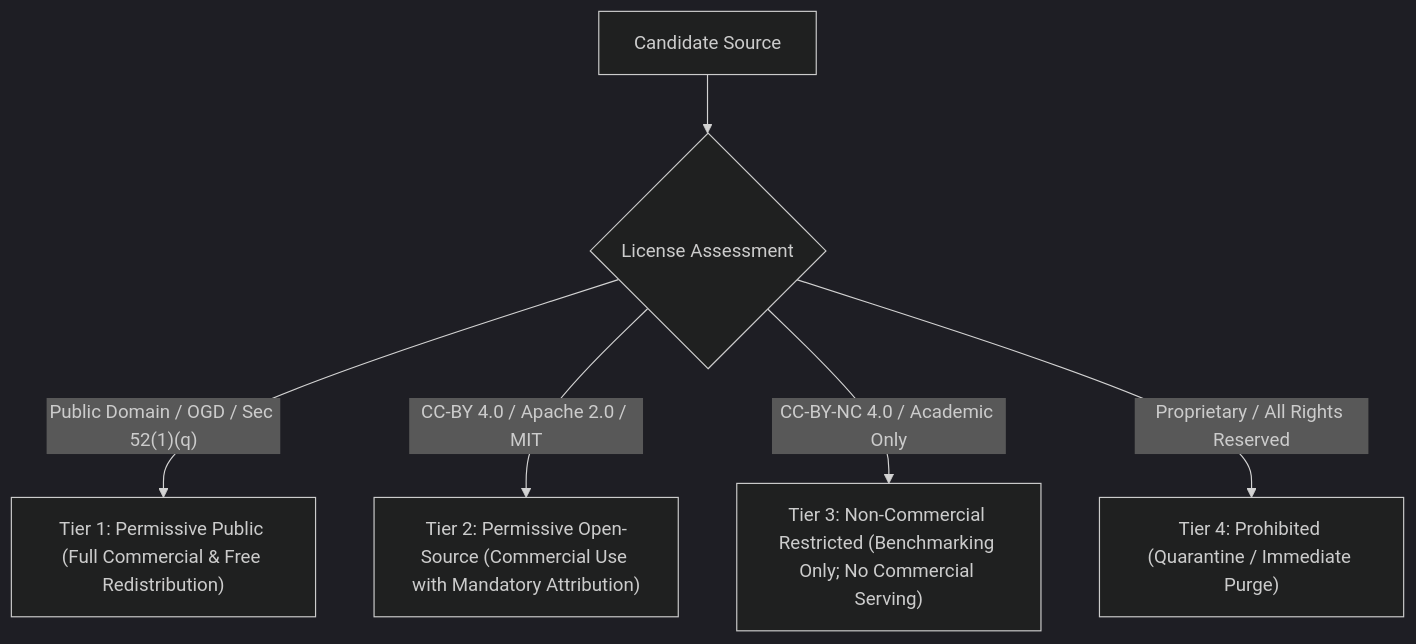
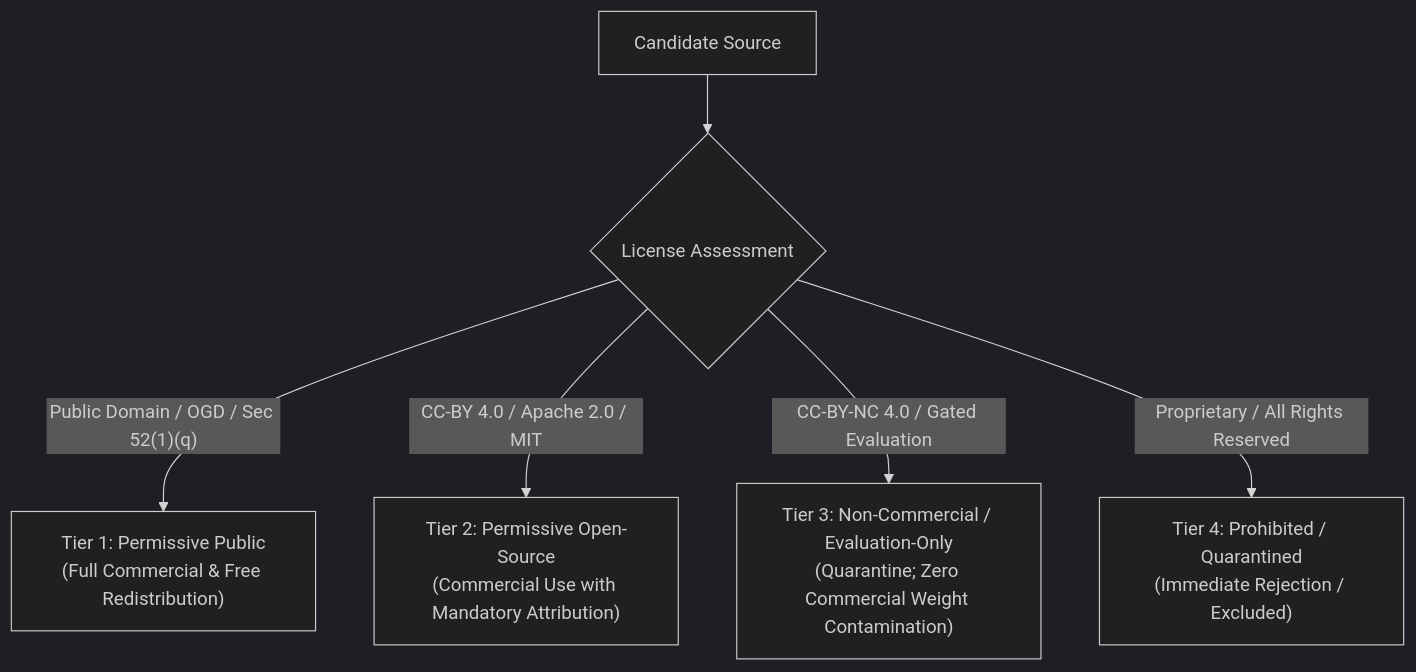
Before and after one commit to Yatharthnagpal/review: the first of 2 diagrams in 03_LICENSE_AND_PROVENANCE_POLICY.md, drawn with Mermaid (dark theme). The commit also changed other lines of this file and 18 other files, not shown here.

````diff
--- a/03_LICENSE_AND_PROVENANCE_POLICY.md
+++ b/03_LICENSE_AND_PROVENANCE_POLICY.md
@@ -53,9 +55,9 @@
 ```mermaid
 flowchart TD
     RawSource["Candidate Source"] --> CheckLicense{"License Assessment"}
     
-    CheckLicense -->|"Public Domain / OGD / Sec 52(1)(q)"| Tier1["Tier 1: Permissive Public (Full Commercial & Free Redistribution)"]
-    CheckLicense -->|"CC-BY 4.0 / Apache 2.0 / MIT"| Tier2["Tier 2: Permissive Open-Source (Commercial Use with Mandatory Attribution)"]
-    CheckLicense -->|"CC-BY-NC 4.0 / Academic Only"| Tier3["Tier 3: Non-Commercial Restricted (Benchmarking Only; No Commercial Serving)"]
-    CheckLicense -->|"Proprietary / All Rights Reserved"| Tier4["Tier 4: Prohibited (Quarantine / Immediate Purge)"]
+    CheckLicense -->|"Public Domain / OGD / Sec 52(1)(q)"| Tier1["Tier 1: Permissive Public<br/>(Full Commercial & Free Redistribution)"]
+    CheckLicense -->|"CC-BY 4.0 / Apache 2.0 / MIT"| Tier2["Tier 2: Permissive Open-Source<br/>(Commercial Use with Mandatory Attribution)"]
+    CheckLicense -->|"CC-BY-NC 4.0 / Gated Evaluation"| Tier3["Tier 3: Non-Commercial / Evaluation-Only<br/>(Quarantine; Zero Commercial Weight Contamination)"]
+    CheckLicense -->|"Proprietary / All Rights Reserved"| Tier4["Tier 4: Prohibited / Quarantined<br/>(Immediate Rejection / Excluded)"]
 ```
````
